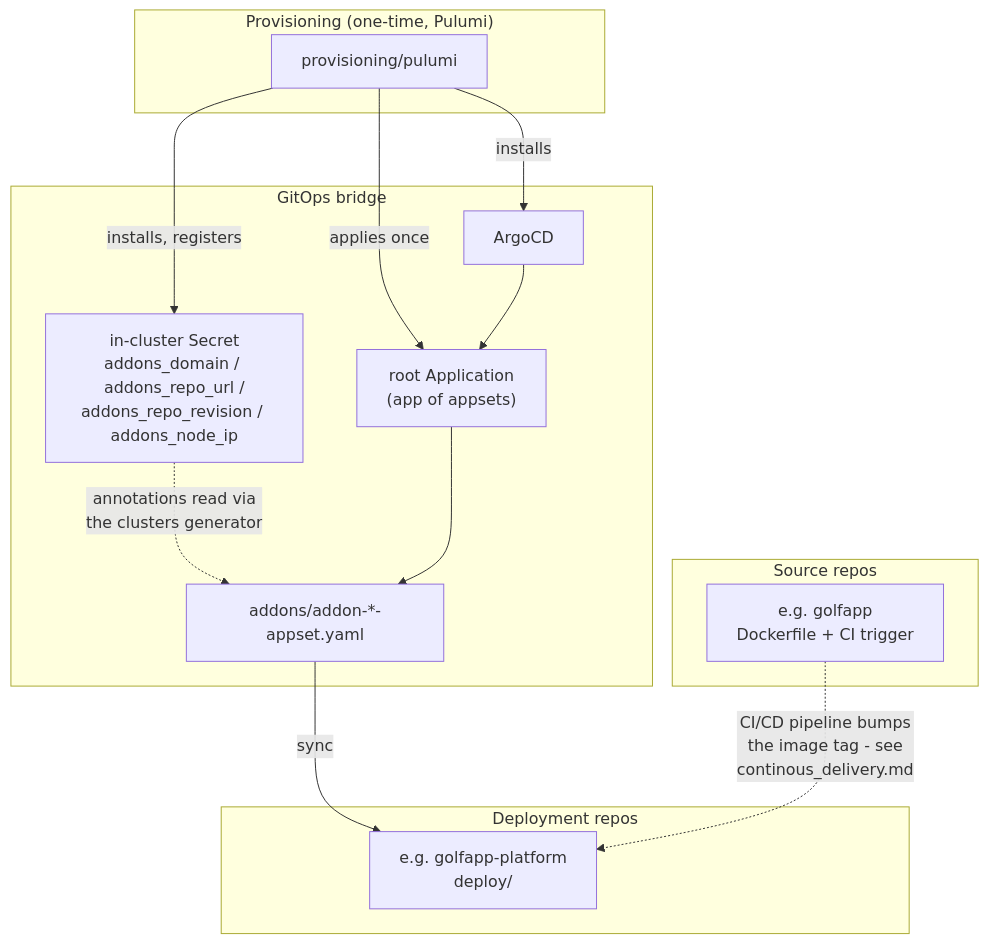
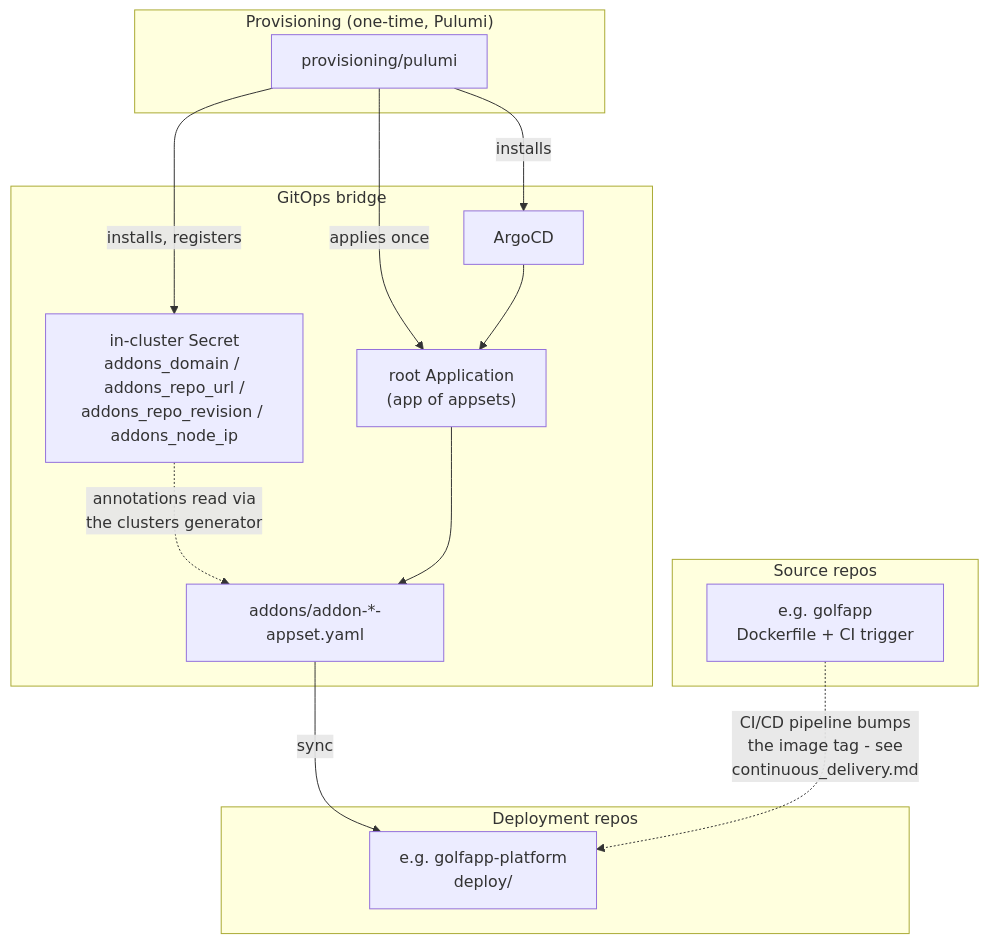
The diagram in docs/architecture.md (atidyshirt/home-server), drawn with Mermaid before and after one commit. The commit also changed other lines of this file and 7 other files, not shown here.

````diff
--- a/docs/architecture.md
+++ b/docs/architecture.md
@@ -6,29 +6,29 @@
 ```mermaid
 flowchart TD
     subgraph Bootstrap["Provisioning (one-time, Pulumi)"]
         Pulumi["provisioning/pulumi"]
     end
 
     subgraph Bridge["GitOps bridge"]
         Secret["in-cluster Secret<br/>addons_domain / addons_repo_url /<br/>addons_repo_revision / addons_node_ip"]
         ArgoCD["ArgoCD"]
         Root["root Application<br/>(app of appsets)"]
         Appsets["addons/addon-*-appset.yaml"]
     end
 
     subgraph Deploy["Deployment repos"]
         DeployRepo["e.g. golfapp-platform<br/>deploy/"]
     end
 
     subgraph Source["Source repos"]
         SourceRepo["e.g. golfapp<br/>Dockerfile + CI trigger"]
     end
 
     Pulumi -->|installs, registers| Secret
     Pulumi -->|installs| ArgoCD
     Pulumi -->|applies once| Root
     Secret -.->|annotations read via<br/>the clusters generator| Appsets
     ArgoCD --> Root --> Appsets
     Appsets -->|sync| DeployRepo
-    SourceRepo -.->|CI/CD pipeline bumps<br/>the image tag - see<br/>continous_delivery.md| DeployRepo
+    SourceRepo -.->|CI/CD pipeline bumps<br/>the image tag - see<br/>continuous_delivery.md| DeployRepo
 ```
````
